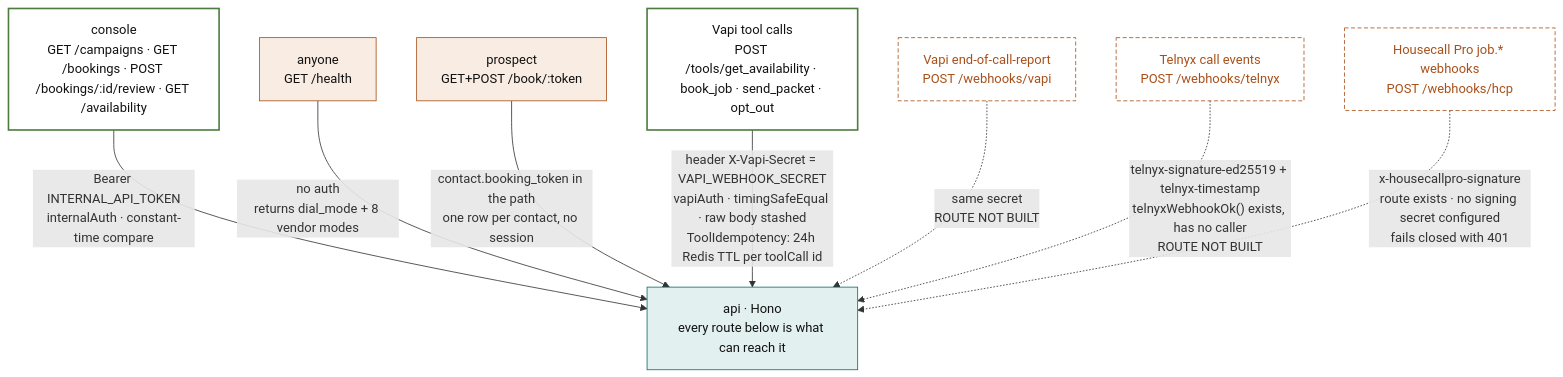
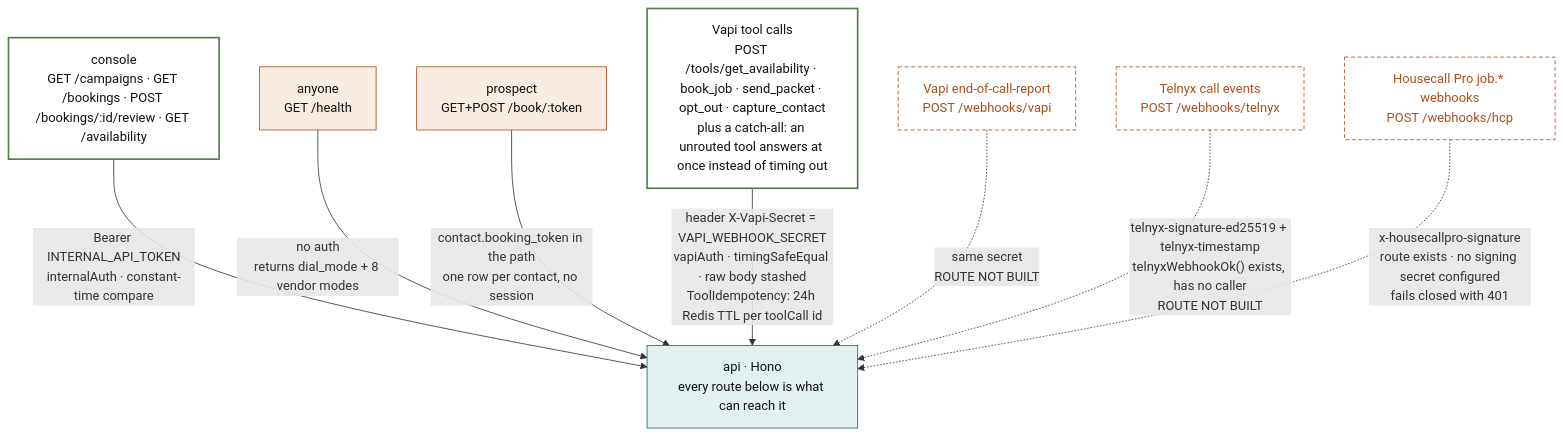
The fifth of 7 diagrams in docs/ARCHITECTURE.md (MAKaminski/tm-voice), drawn with Mermaid before and after one commit. The commit also changed other lines of this file and 14 other files, not shown here.

````diff
--- a/docs/ARCHITECTURE.md
+++ b/docs/ARCHITECTURE.md
@@ -237,25 +237,25 @@
 ```mermaid
 flowchart TB
   classDef svc fill:#e2f0ef,stroke:#0e6d6a,color:#111
   classDef ok fill:#fff,stroke:#4d7c3f,stroke-width:2px,color:#111
   classDef gap fill:#fff,stroke:#a8501a,stroke-dasharray:5 3,color:#a8501a
   classDef pub fill:#f9ece2,stroke:#a8501a,color:#111
 
   api["api · Hono<br/>every route below is what can reach it"]:::svc
 
   c1["console<br/>GET /campaigns · GET /bookings · POST /bookings/:id/review · GET /availability"]:::ok
   c2["anyone<br/>GET /health"]:::pub
   c3["prospect<br/>GET+POST /book/:token"]:::pub
-  v1["Vapi tool calls<br/>POST /tools/get_availability · book_job · send_packet · opt_out"]:::ok
+  v1["Vapi tool calls<br/>POST /tools/get_availability · book_job · send_packet · opt_out · capture_contact<br/>plus a catch-all: an unrouted tool answers at once instead of timing out"]:::ok
   v2["Vapi end-of-call-report<br/>POST /webhooks/vapi"]:::gap
   t1["Telnyx call events<br/>POST /webhooks/telnyx"]:::gap
   h1["Housecall Pro job.* webhooks<br/>POST /webhooks/hcp"]:::gap
 
   c1 -->|"Bearer INTERNAL_API_TOKEN<br/>internalAuth · constant-time compare"| api
   c2 -->|"no auth<br/>returns dial_mode + 8 vendor modes"| api
   c3 -->|"contact.booking_token in the path<br/>one row per contact, no session"| api
   v1 -->|"header X-Vapi-Secret = VAPI_WEBHOOK_SECRET<br/>vapiAuth · timingSafeEqual · raw body stashed<br/>ToolIdempotency: 24h Redis TTL per toolCall id"| api
   v2 -.->|"same secret<br/>ROUTE NOT BUILT"| api
   t1 -.->|"telnyx-signature-ed25519 + telnyx-timestamp<br/>telnyxWebhookOk() exists, has no caller<br/>ROUTE NOT BUILT"| api
   h1 -.->|"x-housecallpro-signature<br/>route exists · no signing secret configured<br/>fails closed with 401"| api
 ```
````
